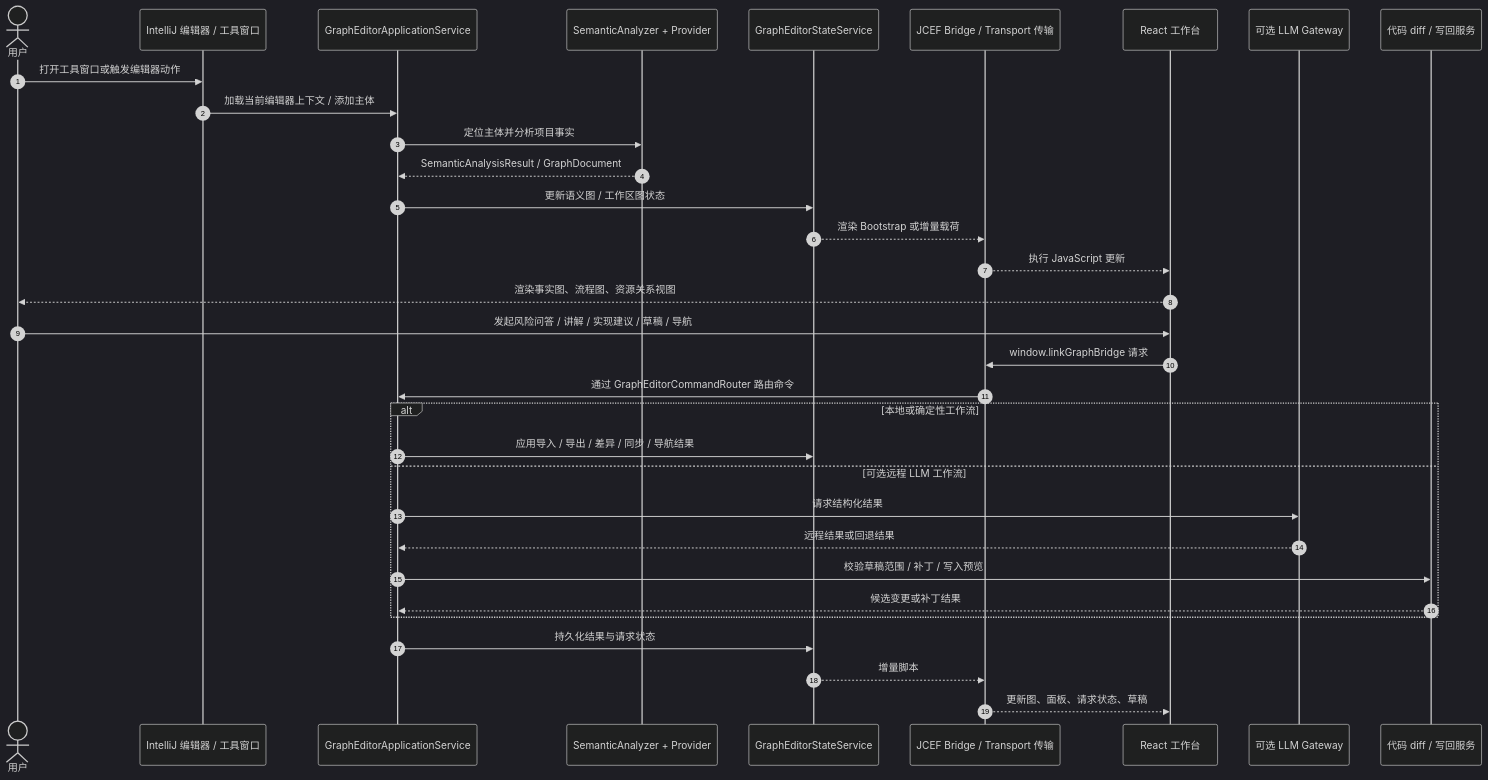
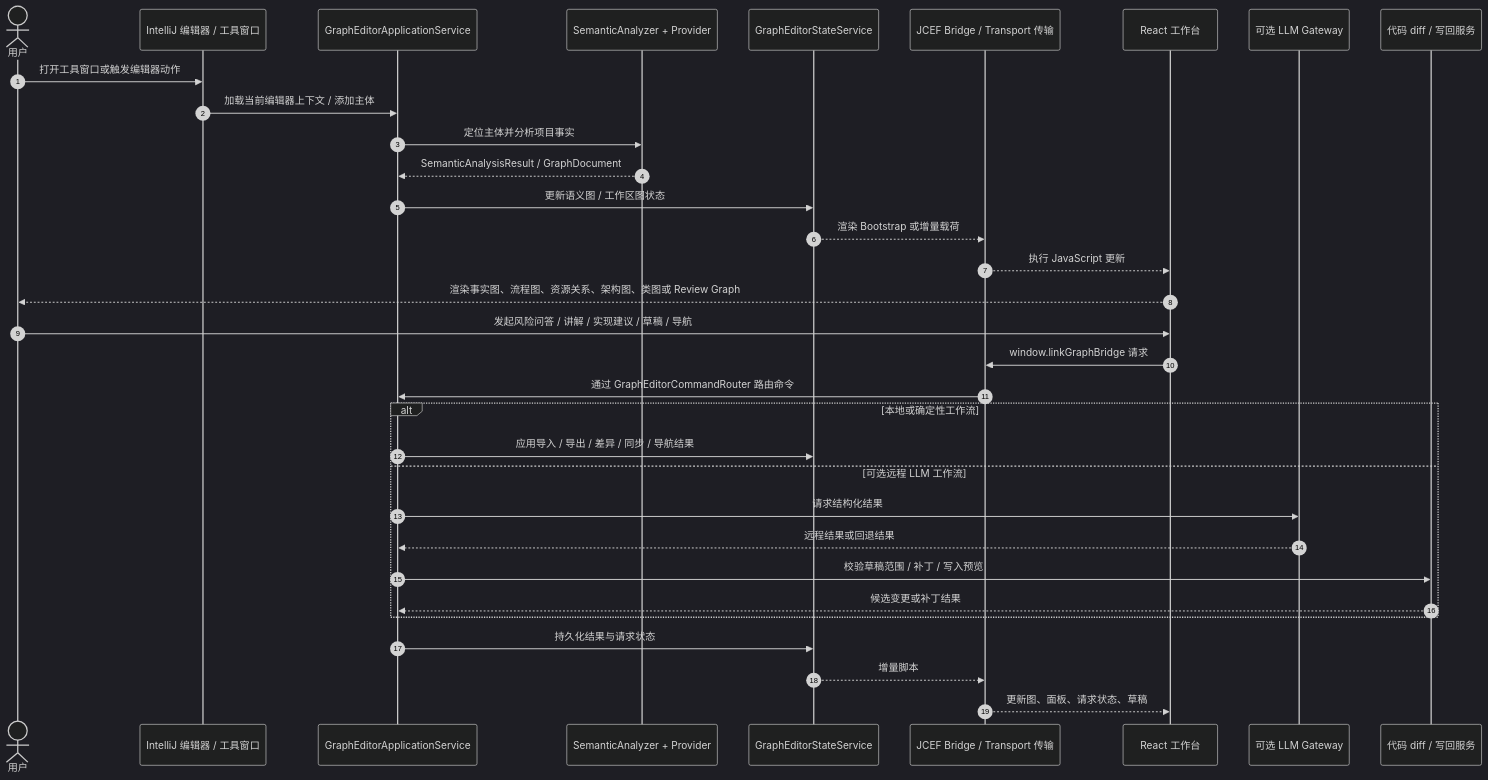
Before and after one commit to CharmNight/link-graph: the diagram in docs/diagrams/src/link-graph-runtime-flow.mmd, drawn with Mermaid (dark theme). The commit also changed 473 other files, not shown here.

```diff
--- a/docs/diagrams/src/link-graph-runtime-flow.mmd
+++ b/docs/diagrams/src/link-graph-runtime-flow.mmd
@@ -1,37 +1,37 @@
 sequenceDiagram
   autonumber
   actor 用户
   participant IDE as IntelliJ 编辑器 / 工具窗口
   participant PS as GraphEditorApplicationService
   participant SA as SemanticAnalyzer + Provider
   participant State as GraphEditorStateService
   participant Bridge as JCEF Bridge / Transport 传输
   participant UI as React 工作台
   participant LLM as 可选 LLM Gateway
   participant Code as 代码 diff / 写回服务
 
   用户->>IDE: 打开工具窗口或触发编辑器动作
   IDE->>PS: 加载当前编辑器上下文 / 添加主体
   PS->>SA: 定位主体并分析项目事实
   SA-->>PS: SemanticAnalysisResult / GraphDocument
   PS->>State: 更新语义图 / 工作区图状态
   State-->>Bridge: 渲染 Bootstrap 或增量载荷
   Bridge-->>UI: 执行 JavaScript 更新
-  UI-->>用户: 渲染事实图、流程图、资源关系视图
+  UI-->>用户: 渲染事实图、流程图、资源关系、架构图、类图或 Review Graph
 
   用户->>UI: 发起风险问答 / 讲解 / 实现建议 / 草稿 / 导航
   UI->>Bridge: window.linkGraphBridge 请求
   Bridge->>PS: 通过 GraphEditorCommandRouter 路由命令
 
   alt 本地或确定性工作流
     PS->>State: 应用导入 / 导出 / 差异 / 同步 / 导航结果
   else 可选远程 LLM 工作流
     PS->>LLM: 请求结构化结果
     LLM-->>PS: 远程结果或回退结果
     PS->>Code: 校验草稿范围 / 补丁 / 写入预览
     Code-->>PS: 候选变更或补丁结果
   end
 
   PS->>State: 持久化结果与请求状态
   State-->>Bridge: 增量脚本
   Bridge-->>UI: 更新图、面板、请求状态、草稿
```
